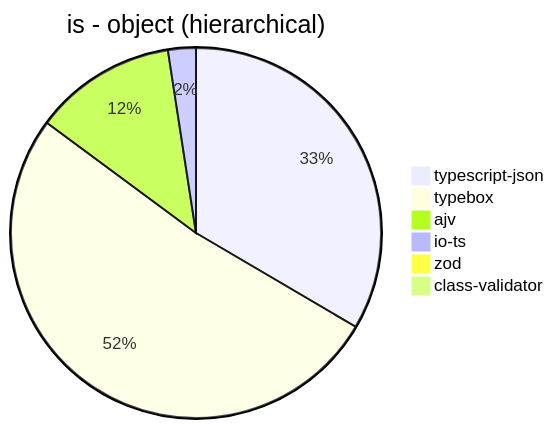
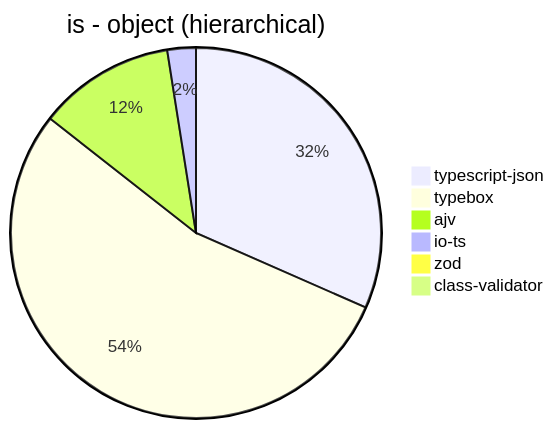
The first of 38 diagrams in benchmark/results/11th Gen Intel(R) Core(TM) i5-1135G7 @ 2.40GHz.md (samchon/typia), drawn with Mermaid before and after one commit. The commit also changed other lines of this file and 364 other files, not shown here.

````diff
--- a/benchmark/results/11th Gen Intel(R) Core(TM) i5-1135G7 @ 2.40GHz.md
+++ b/benchmark/results/11th Gen Intel(R) Core(TM) i5-1135G7 @ 2.40GHz.md
@@ -21,9 +21,9 @@
 ```mermaid
 pie title is - object (hierarchical)
-  "typescript-json": 111761.74682144832
-  "typebox": 172630.19810815636
-  "ajv": 41537.56079985588
-  "io-ts": 8124.932102118414
-  "zod": 376.022767698328
-  "class-validator": 62.681686046511636
+  "typescript-json": 104514.66275659823
+  "typebox": 178728.57405028446
+  "ajv": 39447.808320950964
+  "io-ts": 8245.814167433304
+  "zod": 376.1715933669791
+  "class-validator": 61.35649602661246
 ```
````
